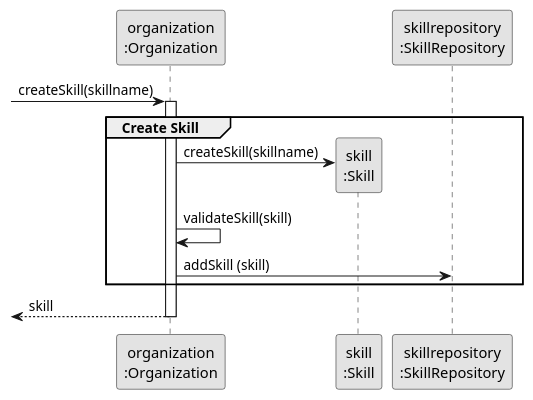
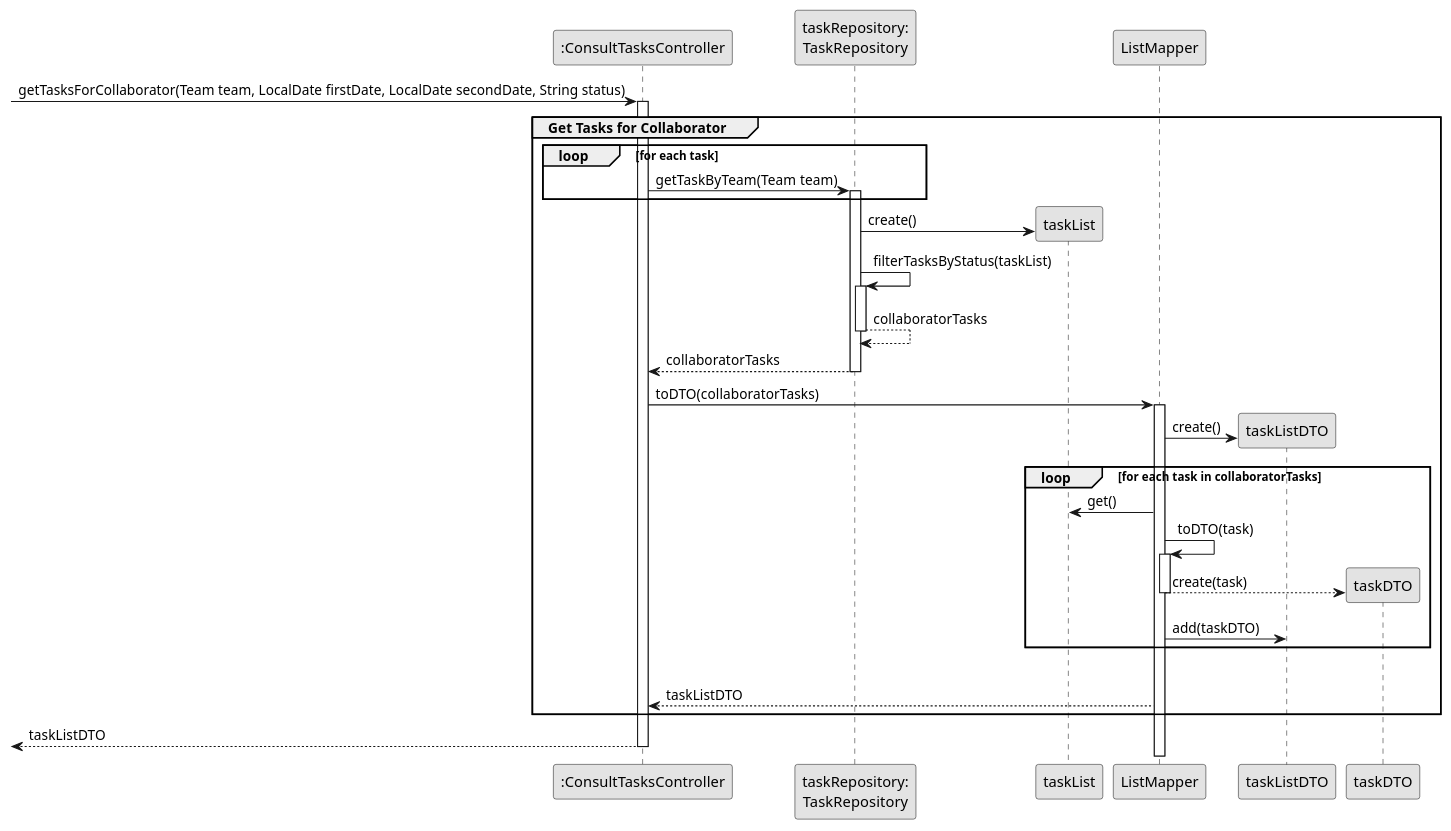
The diagram in docs/sprint3/us029/03.design/puml/us001-sequence-diagram-partial-create-skill.puml (tiagosoa/lei-24-s2-1dgh-g073), drawn with PlantUML before and after one commit. The commit also changed 15 other files, not shown here.

```diff
--- a/docs/sprint3/us029/03.design/puml/us001-sequence-diagram-partial-create-skill.puml
+++ b/docs/sprint3/us029/03.design/puml/us001-sequence-diagram-partial-create-skill.puml
@@ -1,28 +1,67 @@
 @startuml
 skinparam monochrome true
 skinparam packageStyle rectangle
 skinparam shadowing false
 
-participant "organization\n:Organization" as ORG
-participant "skill\n:Skill" as TAREFA
-participant "skillrepository\n:SkillRepository" as SR
-
--> ORG: createSkill(skillname)
-
-activate ORG
-    group Create Skill
-
-        ORG -> TAREFA**: createSkill(skillname)
-        ORG -> ORG: validateSkill(skill)
-        ORG -> SR: addSkill (skill)
 
 
+participant ":ConsultTasksController" as CTRL
+participant "taskRepository:\nTaskRepository" as TAR
+participant "taskList" as TL
+participant "ListMapper" as LM
+participant "taskListDTO" as TLDTO
+participant "taskDTO" as TDTO
+
+        -> CTRL : getTasksForCollaborator(Team team, LocalDate firstDate, LocalDate secondDate, String status)
+                  activate CTRL
+    group Get Tasks for Collaborator
+
+
+                     loop for each task
+                         CTRL -> TAR : getTaskByTeam(Team team)
+                         activate TAR
+                     end
+
+                     TAR -> TL**: create()
+
+                                TAR -> TAR: filterTasksByStatus(taskList)
+                                activate TAR
+
+                                TAR --> TAR: collaboratorTasks
+                                deactivate TAR
+
+                     TAR --> CTRL: collaboratorTasks
+                     deactivate TAR
+
+                     CTRL -> LM: toDTO(collaboratorTasks)
+                     activate LM
+
+                     LM -> TLDTO**: create()
+
+                     loop for each task in collaboratorTasks
+
+                     LM -> TL: get()
+
+                     LM -> LM: toDTO(task)
+                     activate LM
+
+                     LM --> TDTO**: create(task)
+                     deactivate LM
+
+                     LM -> TLDTO: add(taskDTO)
+                     end
+
+
+
+                     |||
+
+                         LM --> CTRL : taskListDTO
 
 
     end
 
-    <-- ORG : skill
-deactivate ORG
+    <-- CTRL : taskListDTO
+deactivate CTRL
 
 
 @enduml
```
